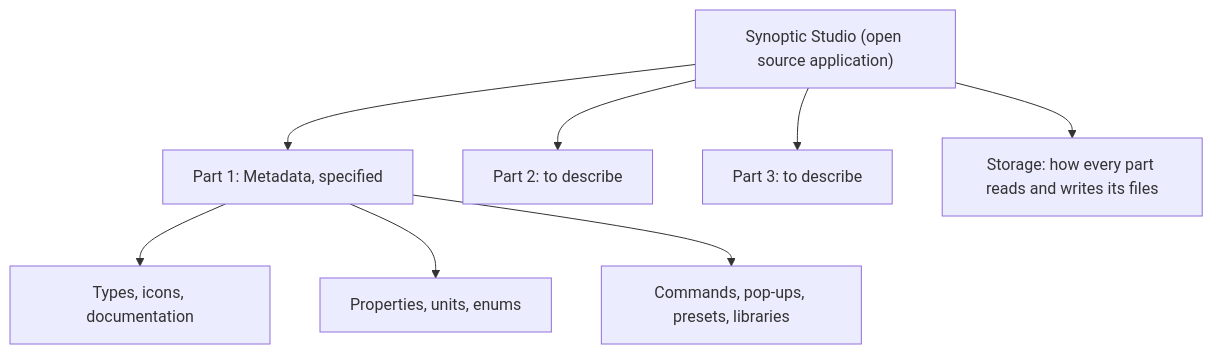
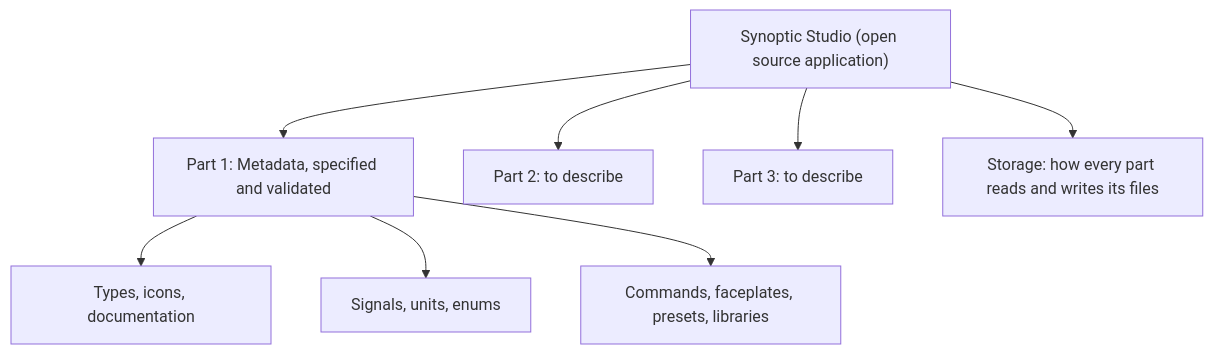
One commit to AlexandreGallais/synoptic-studio-spec changed the second of 2 diagrams in README.md. Above: the diagram before and after it, drawn with Mermaid. The commit also changed other lines of this file and 18 other files, not shown here.

First line of the commit message:
docs(metadata): apply concept names and validate the metadata part

````diff
--- a/README.md
+++ b/README.md
@@ -30,11 +30,11 @@
 ```mermaid
 flowchart TD
     APP["Synoptic Studio (open source application)"]
-    APP --> MD["Part 1: Metadata, specified"]
+    APP --> MD["Part 1: Metadata, specified and validated"]
     APP --> P2["Part 2: to describe"]
     APP --> P3["Part 3: to describe"]
     APP --> ST["Storage: how every part reads and writes its files"]
     MD --> MD1["Types, icons, documentation"]
-    MD --> MD2["Properties, units, enums"]
-    MD --> MD3["Commands, pop-ups, presets, libraries"]
+    MD --> MD2["Signals, units, enums"]
+    MD --> MD3["Commands, faceplates, presets, libraries"]
 ```
````
